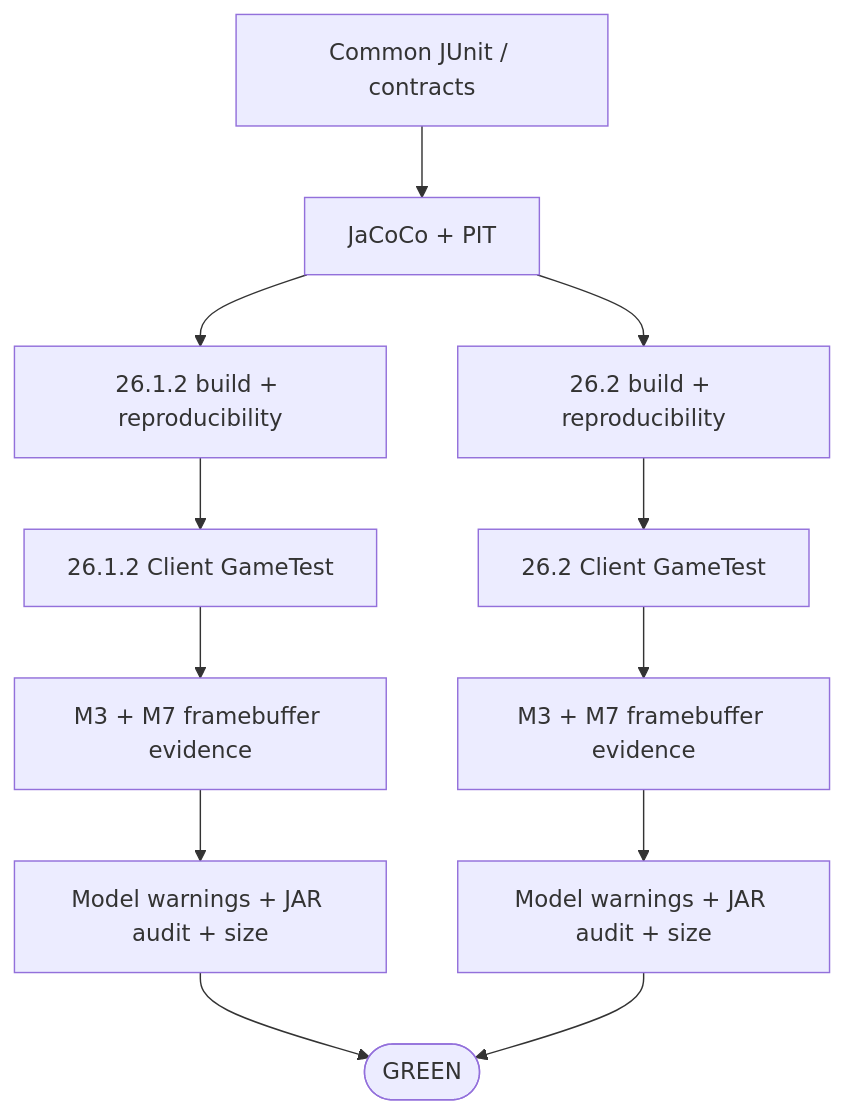
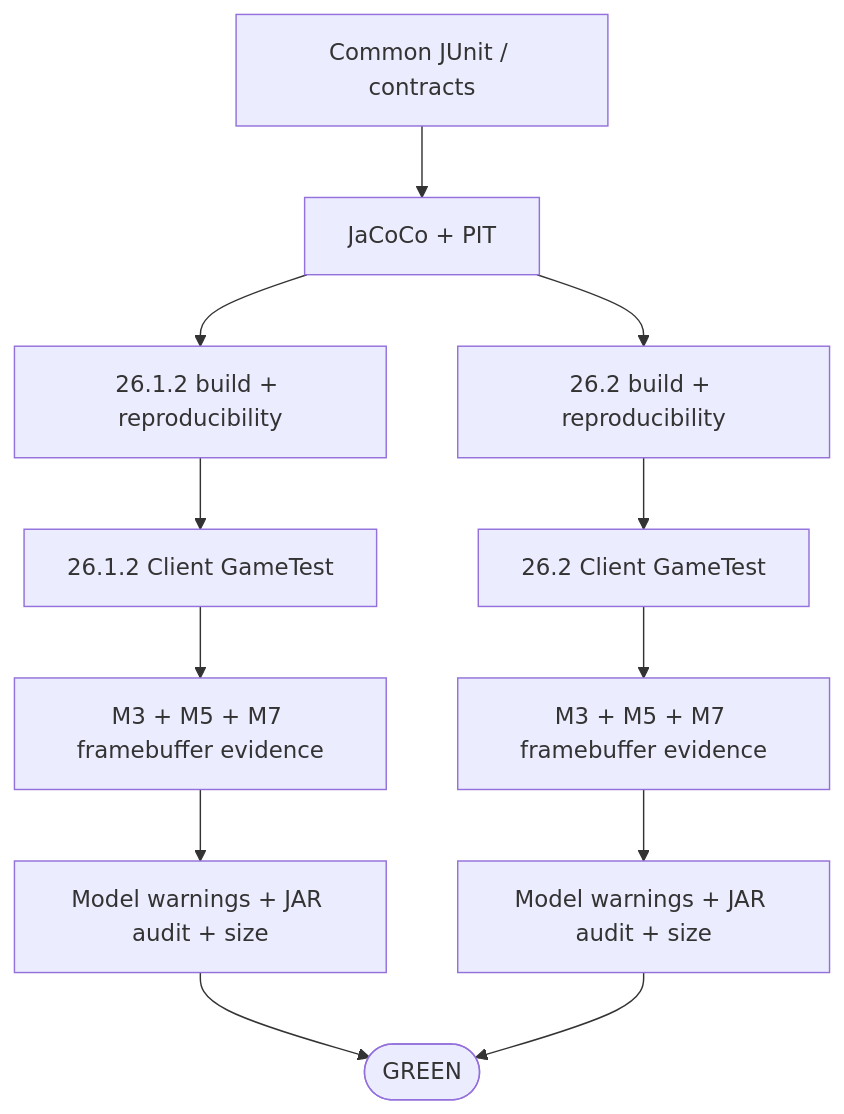
One commit to bosatsu25/BlockLens changed the third of 4 diagrams in README.md. Above: the diagram before and after it, drawn with Mermaid. The commit also changed other lines of this file, not shown here.

Commit message:
docs: update README with M5 dark-area evidence

````diff
--- a/README.md
+++ b/README.md
@@ -172,14 +189,14 @@
 ```mermaid
 flowchart TD
     C[Common JUnit / contracts] --> Q[JaCoCo + PIT]
     Q --> B1[26.1.2 build + reproducibility]
     Q --> B2[26.2 build + reproducibility]
     B1 --> G1[26.1.2 Client GameTest]
     B2 --> G2[26.2 Client GameTest]
-    G1 --> V1[M3 + M7 framebuffer evidence]
-    G2 --> V2[M3 + M7 framebuffer evidence]
+    G1 --> V1[M3 + M5 + M7 framebuffer evidence]
+    G2 --> V2[M3 + M5 + M7 framebuffer evidence]
     V1 --> A1[Model warnings + JAR audit + size]
     V2 --> A2[Model warnings + JAR audit + size]
     A1 --> GREEN([GREEN])
     A2 --> GREEN
 ```
````
